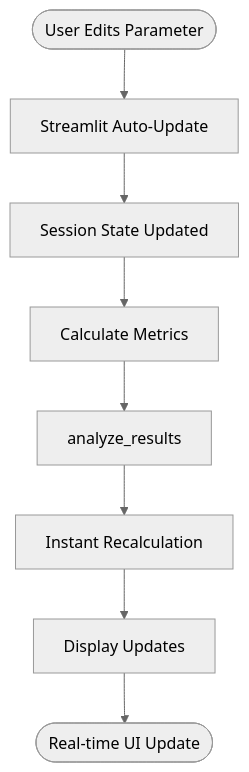
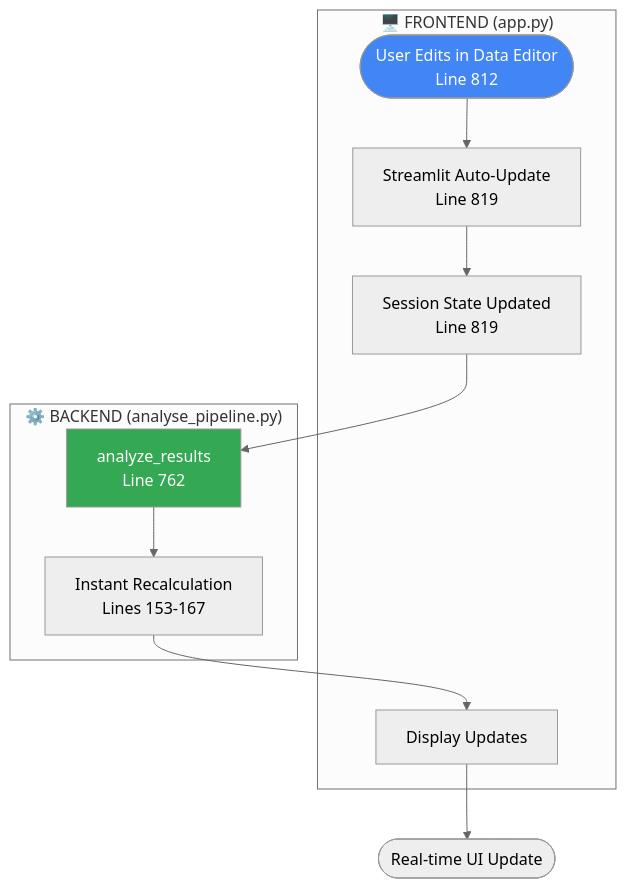
Diagram 11 of 11 in README.md (Pooja-Vishnoi/GenAI_Hackathon), drawn with Mermaid (neutral theme) before and after one commit. The commit also changed other lines of this file, not shown here.

Commit message:
- Enhance README with detailed architecture diagrams and application flow. - Added sections for frontend-backend separation, key function calls, and interactive editing flows to improve clarity and understanding of the system's structure and functionality.

````diff
--- a/README.md
+++ b/README.md
@@ -268,12 +410,22 @@
 ```mermaid
 flowchart TD
-    START([User Edits Parameter]) --> STREAMLIT_UPDATE[Streamlit Auto-Update]
-    STREAMLIT_UPDATE --> SESSION_UPDATE[Session State Updated]
-    SESSION_UPDATE --> METRICS_CALC[Calculate Metrics]
+    subgraph FRONTEND3["🖥️ FRONTEND (app.py)"]
+        START([User Edits in Data Editor<br/>Line 812]) --> STREAMLIT_UPDATE[Streamlit Auto-Update<br/>Line 819]
+        SESSION_UPDATE[Session State Updated<br/>Line 819]
+        DISPLAY_UPDATE[Display Updates]
+    end
     
-    METRICS_CALC --> CALL_ANALYZE[analyze_results]
-    CALL_ANALYZE --> INSTANT_RECALC[Instant Recalculation]
-    INSTANT_RECALC --> DISPLAY_UPDATE[Display Updates]
+    subgraph BACKEND3["⚙️ BACKEND (analyse_pipeline.py)"]
+        CALL_ANALYZE[analyze_results<br/>Line 762]
+        INSTANT_RECALC[Instant Recalculation<br/>Lines 153-167]
+    end
     
+    STREAMLIT_UPDATE --> SESSION_UPDATE
+    SESSION_UPDATE --> CALL_ANALYZE
+    CALL_ANALYZE --> INSTANT_RECALC
+    INSTANT_RECALC --> DISPLAY_UPDATE
     DISPLAY_UPDATE --> END([Real-time UI Update])
+    
+    style START fill:#4285f4,color:#fff
+    style CALL_ANALYZE fill:#34a853,color:#fff
 ```
````
